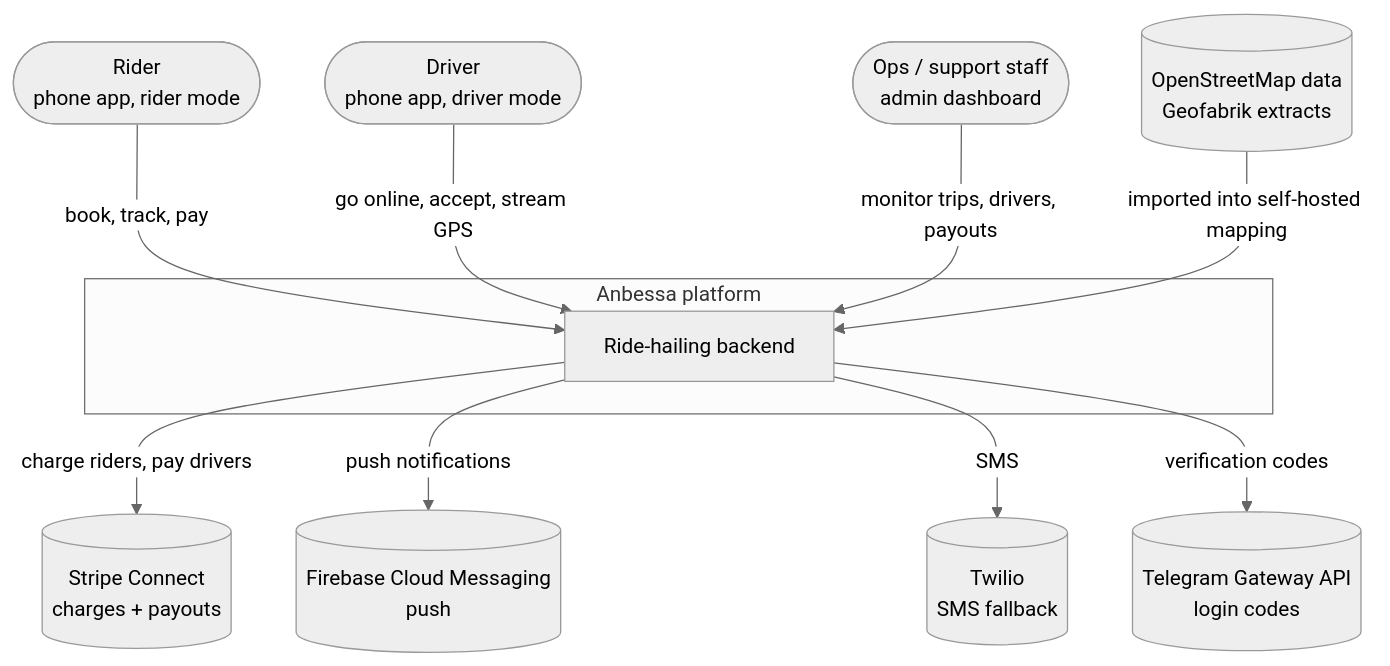
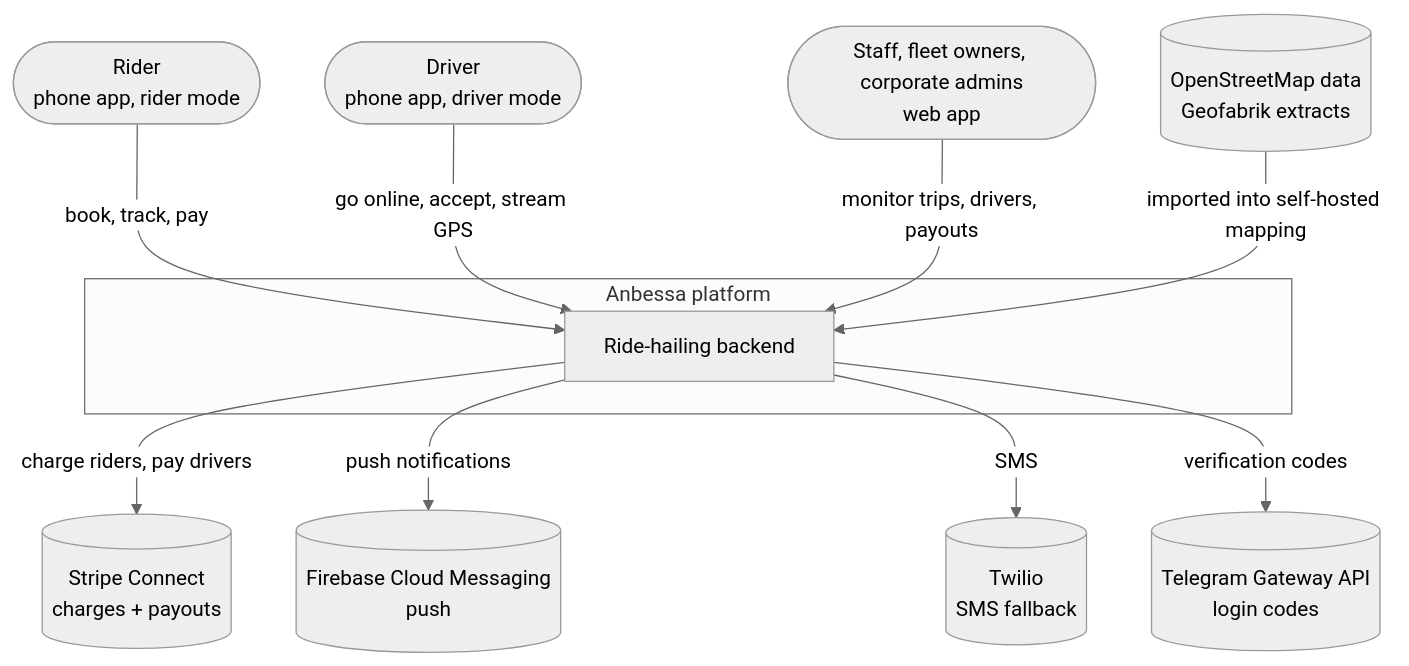
One commit to beab1212/Anbessa changed the first of 17 diagrams in docs/architecture/overview.md. Above: the diagram before and after it, drawn with Mermaid (neutral theme). The commit also changed other lines of this file and 36 other files, not shown here.

Commit message:
Refactor project structure to replace 'rider-app' with 'phone-app' and 'admin-dashboard' with 'web'. Update configurations, documentation, and workspace settings accordingly. Enhance README to reflect new app roles and functionalities, ensuring clarity on the phone and web app distinctions.

````diff
--- a/docs/architecture/overview.md
+++ b/docs/architecture/overview.md
@@ -42,25 +42,25 @@
 ```mermaid
 flowchart TB
   Rider([Rider<br/>phone app, rider mode])
   Driver([Driver<br/>phone app, driver mode])
-  Ops([Ops / support staff<br/>admin dashboard])
+  Ops([Staff, fleet owners, corporate admins<br/>web app])
 
   subgraph Anbessa["Anbessa platform"]
     Core[Ride-hailing backend]
   end
 
   Stripe[(Stripe Connect<br/>charges + payouts)]
   FCM[(Firebase Cloud Messaging<br/>push)]
   Twilio[(Twilio<br/>SMS fallback)]
   TG[(Telegram Gateway API<br/>login codes)]
   OSM[(OpenStreetMap data<br/>Geofabrik extracts)]
 
   Rider -->|book, track, pay| Core
   Driver -->|go online, accept, stream GPS| Core
   Ops -->|monitor trips, drivers, payouts| Core
   Core -->|charge riders, pay drivers| Stripe
   Core -->|push notifications| FCM
   Core -->|SMS| Twilio
   Core -->|verification codes| TG
   OSM -->|imported into self-hosted mapping| Core
 ```
````
